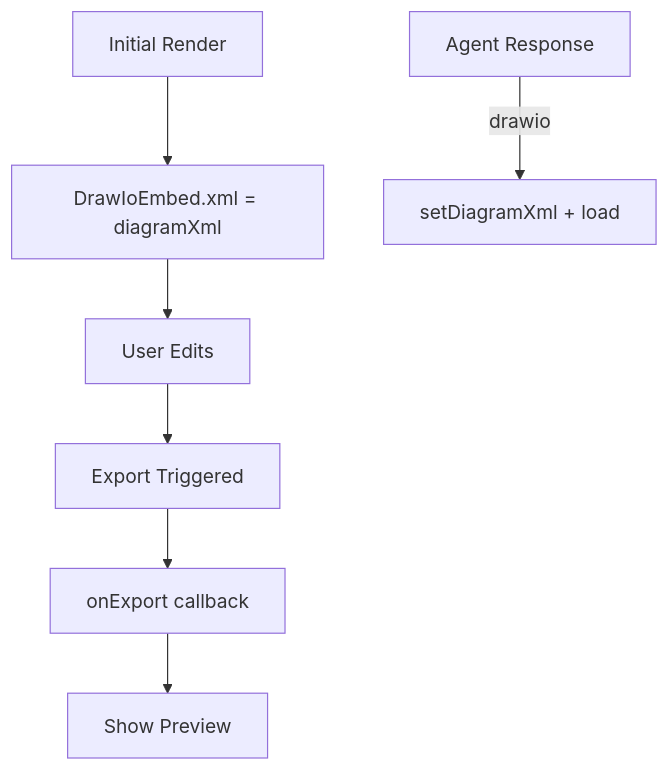
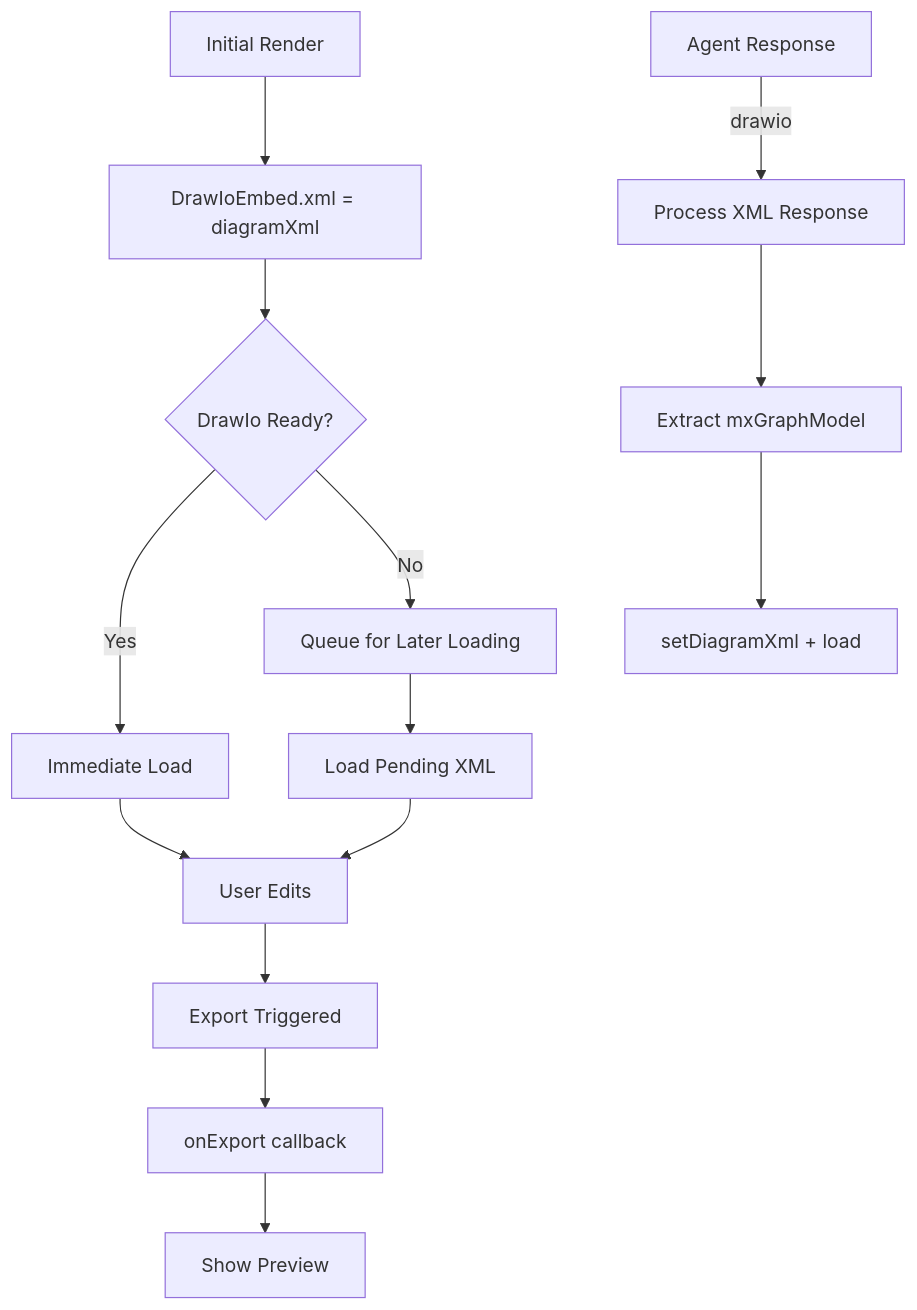
One commit to shrekboss/agent-draw-io-front changed diagram 11 of 14 in .qoder/repowiki/en/content/Diagram Editor.md. Above: the diagram before and after it, drawn with Mermaid. The commit also changed other lines of this file and 13 other files, not shown here.

Commit message:
feat(agent-draw-io-front): 优化交互式画图

````diff
--- a/.qoder/repowiki/en/content/Diagram Editor.md
+++ b/.qoder/repowiki/en/content/Diagram Editor.md
@@ -305,9 +498,16 @@
 ```mermaid
 flowchart TD
 Init["Initial Render"] --> XMLProp["DrawIoEmbed.xml = diagramXml"]
-XMLProp --> Edit["User Edits"]
+XMLProp --> EditorReady{"DrawIo Ready?"}
+EditorReady --> |Yes| DirectLoad["Immediate Load"]
+EditorReady --> |No| QueueXML["Queue for Later Loading"]
+DirectLoad --> Edit["User Edits"]
+QueueXML --> PendingLoad["Load Pending XML"]
+PendingLoad --> Edit
 Edit --> Export["Export Triggered"]
 Export --> OnExport["onExport callback"]
 OnExport --> Preview["Show Preview"]
-AgentResp["Agent Response"] --> |drawio| Update["setDiagramXml + load"]
+AgentResp["Agent Response"] --> |drawio| ProcessXML["Process XML Response"]
+ProcessXML --> ExtractModel["Extract mxGraphModel"]
+ExtractModel --> UpdateState["setDiagramXml + load"]
 ```
````
